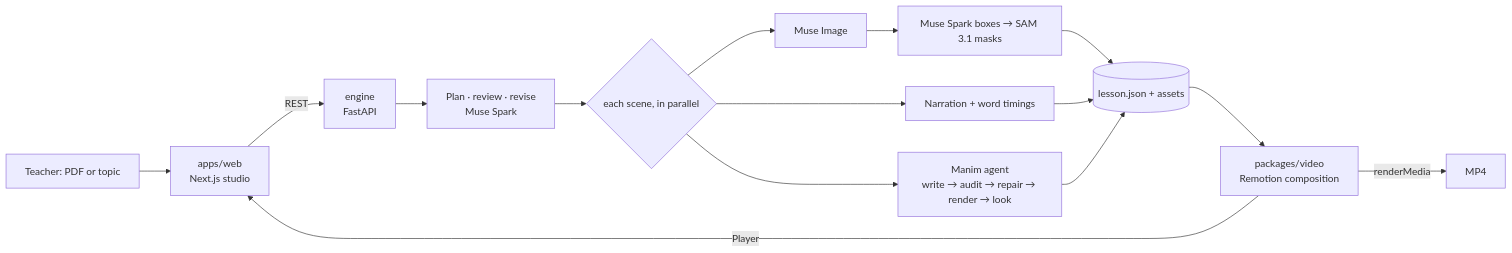
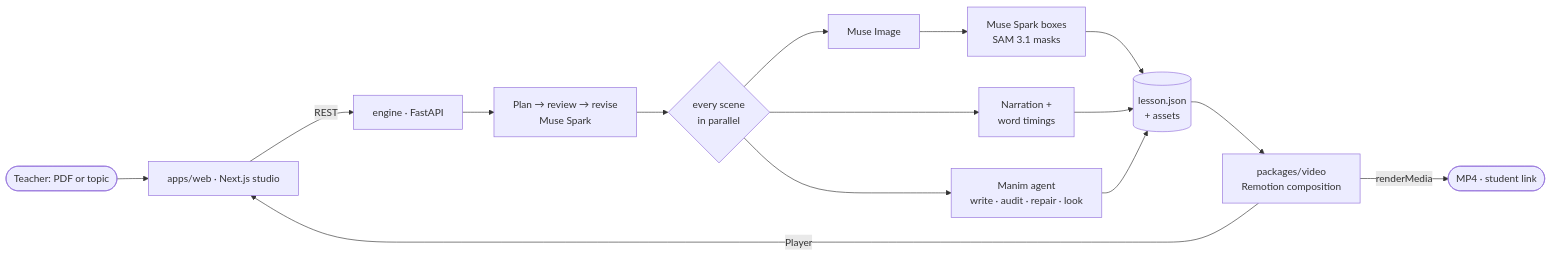
One commit to nema1502/nemi changed the diagram in README.md. Above: the diagram before and after it, drawn with Mermaid. The commit also changed other lines of this file and 7 other files, not shown here.

````diff
--- a/README.md
+++ b/README.md
@@ -45,15 +84,14 @@
 ```mermaid
 flowchart LR
-  T[Teacher: PDF or topic] --> W[apps/web<br/>Next.js studio]
-  W -->|REST| E[engine<br/>FastAPI]
-  E --> P[Plan · review · revise<br/>Muse Spark]
-  P --> S{each scene, in parallel}
-  S --> I[Muse Image]
-  I --> D[Muse Spark boxes → SAM 3.1 masks]
-  S --> V[Narration + word timings]
-  S --> M[Manim agent<br/>write → audit → repair → render → look]
-  D & V & M --> L[(lesson.json + assets)]
+  T([Teacher: PDF or topic]) --> W[apps/web · Next.js studio]
+  W -- REST --> E[engine · FastAPI]
+  E --> P[Plan → review → revise<br/>Muse Spark]
+  P --> S{every scene<br/>in parallel}
+  S --> I[Muse Image] --> D[Muse Spark boxes<br/>SAM 3.1 masks]
+  S --> V[Narration +<br/>word timings]
+  S --> M[Manim agent<br/>write · audit · repair · look]
+  D & V & M --> L[(lesson.json<br/>+ assets)]
   L --> R[packages/video<br/>Remotion composition]
-  R -->|Player| W
-  R -->|renderMedia| MP4[MP4]
+  R -- Player --> W
+  R -- renderMedia --> MP4([MP4 · student link])
 ```
````
